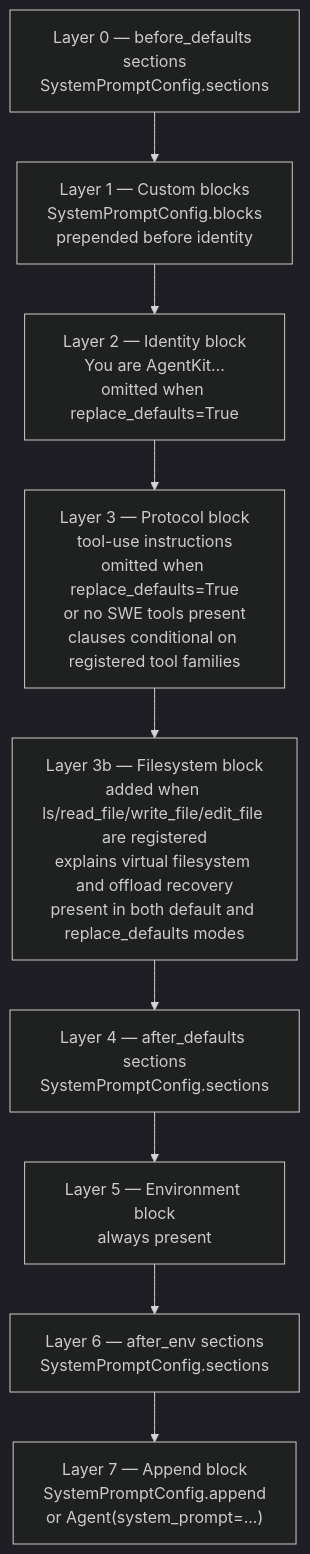
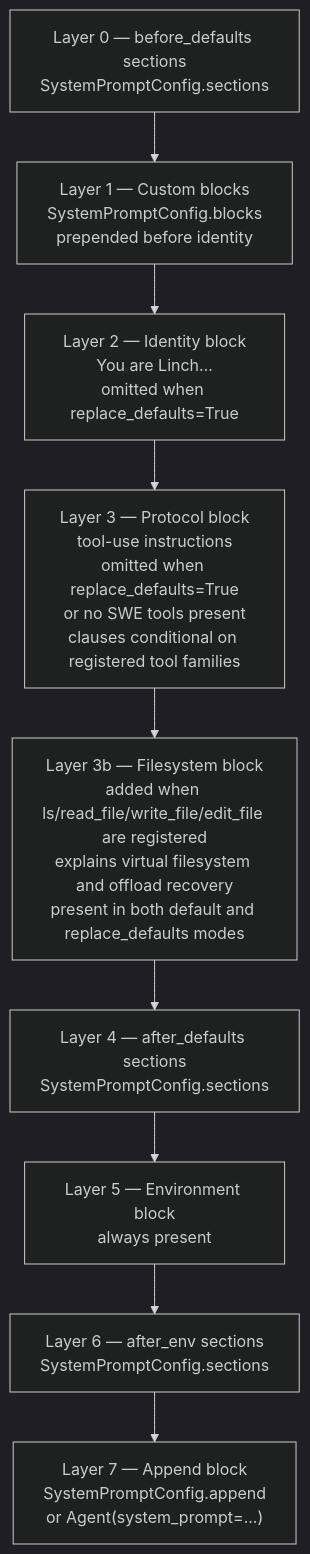
Before and after one commit to DuyTa506/linch: diagram 13 of 14 in docs/architecture.md, drawn with Mermaid (dark theme). The commit also changed other lines of this file and 192 other files, not shown here.

First line of the commit message:
Rename package agent_kit → linch throughout

````diff
--- a/docs/architecture.md
+++ b/docs/architecture.md
@@ -704,14 +704,14 @@
 ```mermaid
 flowchart TD
     L0["Layer 0 — before_defaults sections\nSystemPromptConfig.sections"]
     L1["Layer 1 — Custom blocks\nSystemPromptConfig.blocks\nprepended before identity"]
-    L2["Layer 2 — Identity block\nYou are AgentKit…\nomitted when replace_defaults=True"]
+    L2["Layer 2 — Identity block\nYou are Linch…\nomitted when replace_defaults=True"]
     L3["Layer 3 — Protocol block\ntool-use instructions\nomitted when replace_defaults=True\nor no SWE tools present\nclauses conditional on registered tool families"]
     LFS["Layer 3b — Filesystem block\nadded when ls/read_file/write_file/edit_file are registered\nexplains virtual filesystem and offload recovery\npresent in both default and replace_defaults modes"]
     L4["Layer 4 — after_defaults sections\nSystemPromptConfig.sections"]
     L5["Layer 5 — Environment block\nalways present"]
     L6["Layer 6 — after_env sections\nSystemPromptConfig.sections"]
     L7["Layer 7 — Append block\nSystemPromptConfig.append\nor Agent(system_prompt=...)"]
 
     L0 --> L1 --> L2 --> L3 --> LFS --> L4 --> L5 --> L6 --> L7
 ```
````
